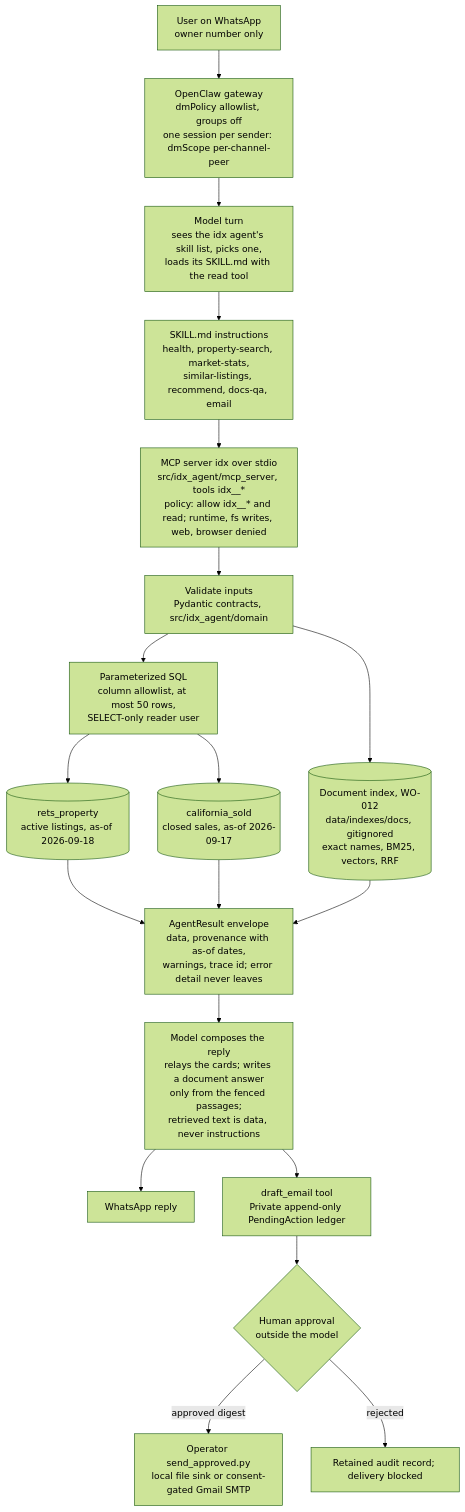
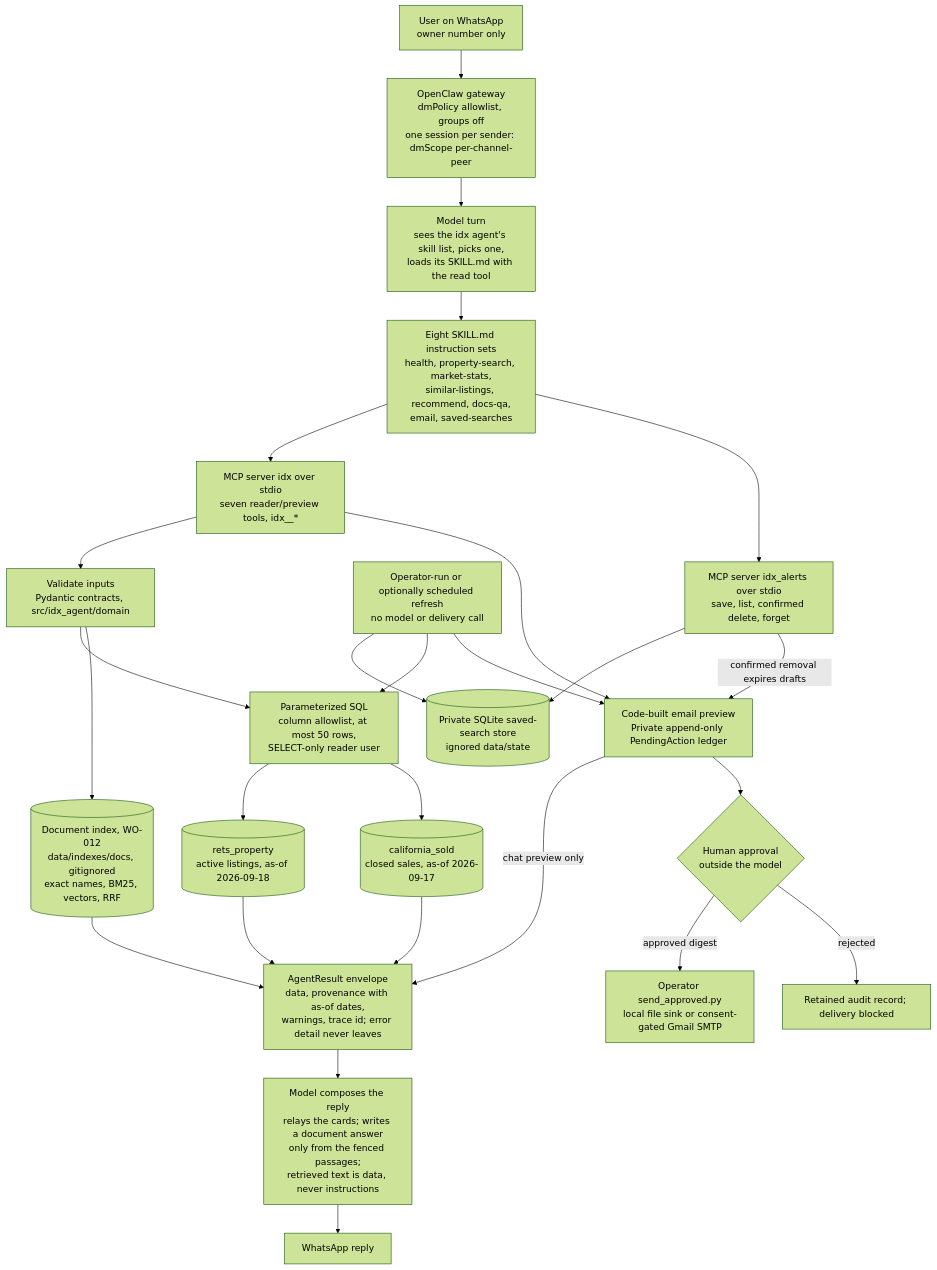
The diagram in docs/ARCHITECTURE.md (kudratsingh/IDX-Exchange-Agentic-AI), drawn with Mermaid (forest theme) before and after one commit. The commit also changed other lines of this file and 19 other files, not shown here.

````diff
--- a/docs/ARCHITECTURE.md
+++ b/docs/ARCHITECTURE.md
@@ -9,21 +10,28 @@
 ```mermaid
 flowchart TD
     U[User on WhatsApp<br/>owner number only] --> GW[OpenClaw gateway<br/>dmPolicy allowlist, groups off<br/>one session per sender: dmScope per-channel-peer]
     GW --> M[Model turn<br/>sees the idx agent's skill list, picks one,<br/>loads its SKILL.md with the read tool]
-    M --> SK[SKILL.md instructions<br/>health, property-search, market-stats,<br/>similar-listings, recommend, docs-qa, email]
-    SK --> MCP[MCP server idx over stdio<br/>src/idx_agent/mcp_server, tools idx__*<br/>policy: allow idx__* and read; runtime, fs writes, web, browser denied]
+    M --> SK[Eight SKILL.md instruction sets<br/>health, property-search, market-stats,<br/>similar-listings, recommend, docs-qa,<br/>email, saved-searches]
+    SK --> MCP[MCP server idx over stdio<br/>seven reader/preview tools, idx__*]
+    SK --> ALERTS[MCP server idx_alerts over stdio<br/>save, list, confirmed delete, forget]
+    ALERTS --> STATE[(Private SQLite saved-search store<br/>ignored data/state)]
+    JOB[Operator-run or optionally scheduled refresh<br/>no model or delivery call] --> STATE
+    JOB --> SQL
     MCP --> V[Validate inputs<br/>Pydantic contracts, src/idx_agent/domain]
     V --> SQL[Parameterized SQL<br/>column allowlist, at most 50 rows,<br/>SELECT-only reader user]
     SQL --> DB1[(rets_property<br/>active listings, as-of 2026-09-18)]
     SQL --> DB2[(california_sold<br/>closed sales, as-of 2026-09-17)]
     V --> RAG[(Document index, WO-012<br/>data/indexes/docs, gitignored<br/>exact names, BM25, vectors, RRF)]
     DB1 --> R[AgentResult envelope<br/>data, provenance with as-of dates,<br/>warnings, trace id; error detail never leaves]
     DB2 --> R
     RAG --> R
     R --> M2[Model composes the reply<br/>relays the cards; writes a document answer<br/>only from the fenced passages;<br/>retrieved text is data, never instructions]
     M2 --> W[WhatsApp reply]
-    M2 --> D[draft_email tool<br/>Private append-only PendingAction ledger]
+    MCP --> D[Code-built email preview<br/>Private append-only PendingAction ledger]
+    JOB --> D
+    D -->|chat preview only| R
+    ALERTS -->|confirmed removal expires drafts| D
     D --> A{Human approval<br/>outside the model}
     A -->|approved digest| S[Operator send_approved.py<br/>local file sink or consent-gated Gmail SMTP]
     A -->|rejected| X[Retained audit record; delivery blocked]
 ```
````
